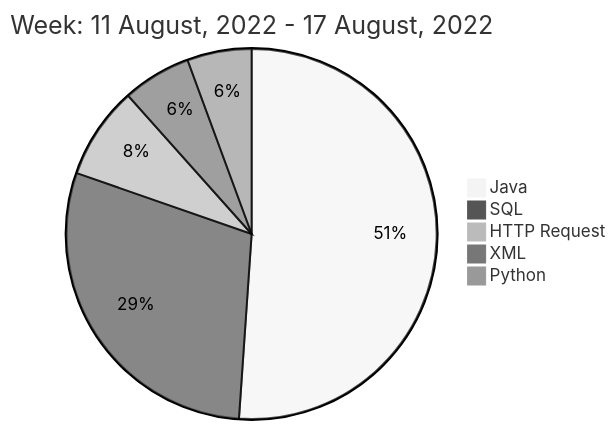
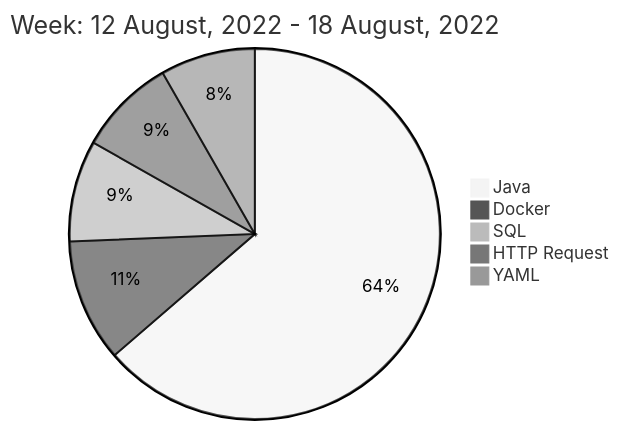
One commit to liubin95/liubin95 changed the diagram in README.md. Above: the diagram before and after it, drawn with Mermaid (neutral theme).

Commit message:
Updated the Graph with new Metrics

````diff
--- a/README.md
+++ b/README.md
@@ -40,9 +40,9 @@
 ```mermaid
  pie
-title Week: 11 August, 2022 - 17 August, 2022
- "Java" : 9.82
- "SQL" : 5.62
- "HTTP Request" : 1.55
- "XML" : 1.15
- "Python" : 1.08
+title Week: 12 August, 2022 - 18 August, 2022
+ "Java" : 16.78
+ "Docker" : 2.82
+ "SQL" : 2.33
+ "HTTP Request" : 2.25
+ "YAML" : 2.18
 ```
````
